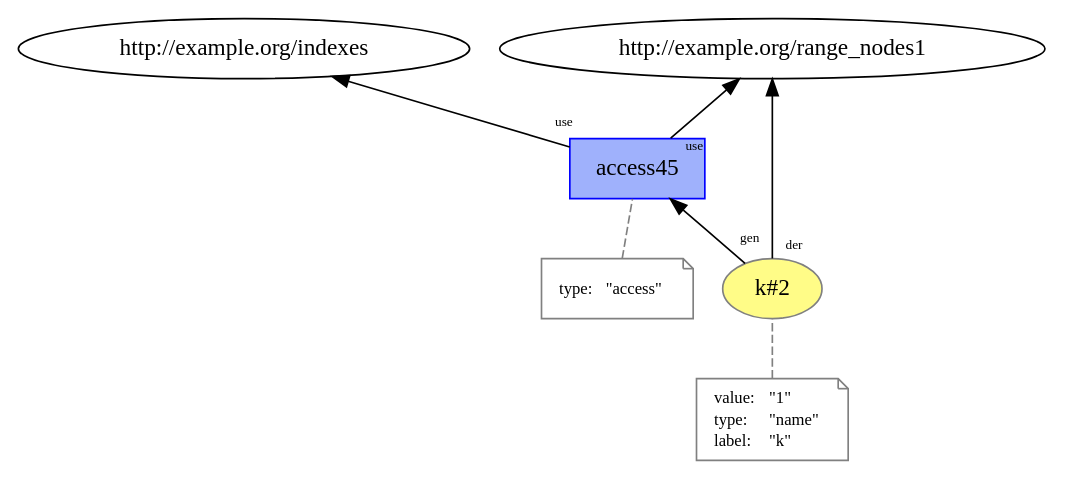
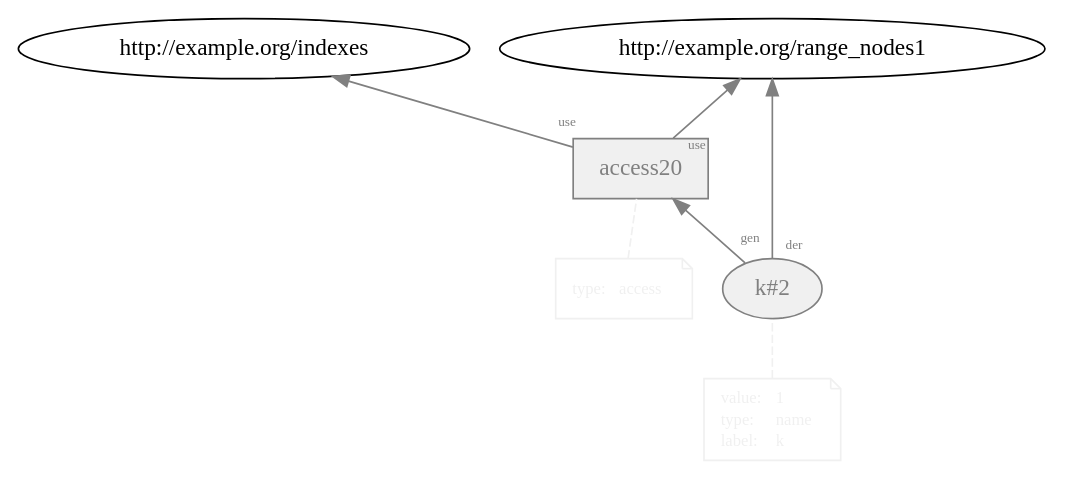
Before and after one commit to dew-uff/versioned-prov: the diagram in images/prov_dictionary/temp/L9__loop_access_2.dot, drawn with Graphviz. The commit also changed 580 other files, not shown here.

```diff
--- a/images/prov_dictionary/temp/L9__loop_access_2.dot
+++ b/images/prov_dictionary/temp/L9__loop_access_2.dot
@@ -1,30 +1,30 @@
 digraph "PROV" { size="16,12"; rankdir="BT";
-"http://example.org/k#2" [fillcolor="#FFFC87",color="#808080",style="filled",label="k#2",URL="http://example.org/k#2"]
-"-attrs0" [color="gray",shape="note",fontsize="10",fontcolor="black",label=<<TABLE cellpadding="0" border="0">
+"http://example.org/k#2" [fillcolor="#F0F0F0",color="gray",style="filled",label="k#2",URL="http://example.org/k#2",fontcolor="gray"]
+"-attrs0" [color="#F0F0F0",shape="note",fontsize="10",fontcolor="black",label=<<TABLE cellpadding="0" border="0">
 	<TR>
-	    <TD align="left">value:</TD>
-	    <TD align="left">&quot;1&quot;</TD>
+	    <TD align="left"><font color="#F0F0F0">value:</font></TD>
+	    <TD align="left"><font color="#F0F0F0">1</font></TD>
 	</TR>
 	<TR>
-	    <TD align="left">type:</TD>
-	    <TD align="left">&quot;name&quot;</TD>
+	    <TD align="left"><font color="#F0F0F0">type:</font></TD>
+	    <TD align="left"><font color="#F0F0F0">name</font></TD>
 	</TR>
 	<TR>
-	    <TD align="left">label:</TD>
-	    <TD align="left">&quot;k&quot;</TD>
+	    <TD align="left"><font color="#F0F0F0">label:</font></TD>
+	    <TD align="left"><font color="#F0F0F0">k</font></TD>
 	</TR>
 </TABLE>>]
-"-attrs0" -> "http://example.org/k#2" [color="gray",style="dashed",arrowhead="none"]
-"http://example.org/access45" [fillcolor="#9FB1FC",color="#0000FF",shape="polygon",sides="4",style="filled",label="access45",URL="http://example.org/access45"]
-"-attrs1" [color="gray",shape="note",fontsize="10",fontcolor="black",label=<<TABLE cellpadding="0" border="0">
+"-attrs0" -> "http://example.org/k#2" [color="#F0F0F0",style="dashed",arrowhead="none"]
+"http://example.org/access20" [fillcolor="#F0F0F0",color="gray",shape="polygon",sides="4",style="filled",label="access20",URL="http://example.org/access20",fontcolor="gray"]
+"-attrs1" [color="#F0F0F0",shape="note",fontsize="10",fontcolor="black",label=<<TABLE cellpadding="0" border="0">
 	<TR>
-	    <TD align="left">type:</TD>
-	    <TD align="left">&quot;access&quot;</TD>
+	    <TD align="left"><font color="#F0F0F0">type:</font></TD>
+	    <TD align="left"><font color="#F0F0F0">access</font></TD>
 	</TR>
 </TABLE>>]
-"-attrs1" -> "http://example.org/access45" [color="gray",style="dashed",arrowhead="none"]
-"http://example.org/access45" -> "http://example.org/range_nodes1" [labelfontsize="8",labeldistance="1.5",labelangle="60.0",rotation="20",taillabel="use"]
-"http://example.org/k#2" -> "http://example.org/range_nodes1" [labelfontsize="8",labeldistance="1.5",labelangle="60.0",rotation="20",taillabel="der"]
-"http://example.org/k#2" -> "http://example.org/access45" [labelfontsize="8",labeldistance="1.5",labelangle="60.0",rotation="20",taillabel="gen"]
-"http://example.org/access45" -> "http://example.org/indexes" [labelfontsize="8",labeldistance="1.5",labelangle="60.0",rotation="20",taillabel="use"]
+"-attrs1" -> "http://example.org/access20" [color="#F0F0F0",style="dashed",arrowhead="none"]
+"http://example.org/access20" -> "http://example.org/range_nodes1" [labelfontsize="8",labeldistance="1.5",labelangle="60.0",rotation="20",taillabel="use",fontcolor="gray",color="gray"]
+"http://example.org/k#2" -> "http://example.org/range_nodes1" [labelfontsize="8",labeldistance="1.5",labelangle="60.0",rotation="20",taillabel="der",fontcolor="gray",color="gray"]
+"http://example.org/k#2" -> "http://example.org/access20" [labelfontsize="8",labeldistance="1.5",labelangle="60.0",rotation="20",taillabel="gen",fontcolor="gray",color="gray"]
+"http://example.org/access20" -> "http://example.org/indexes" [labelfontsize="8",labeldistance="1.5",labelangle="60.0",rotation="20",taillabel="use",fontcolor="gray",color="gray"]
 }
```
